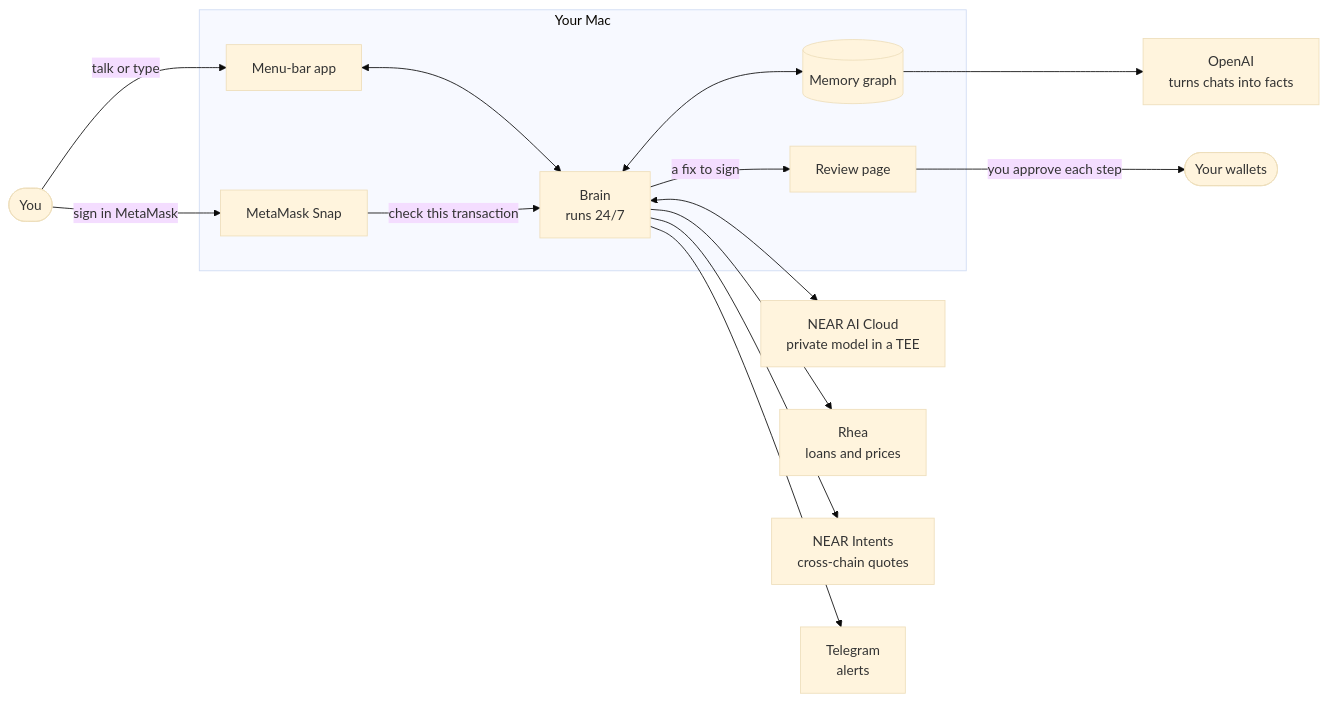
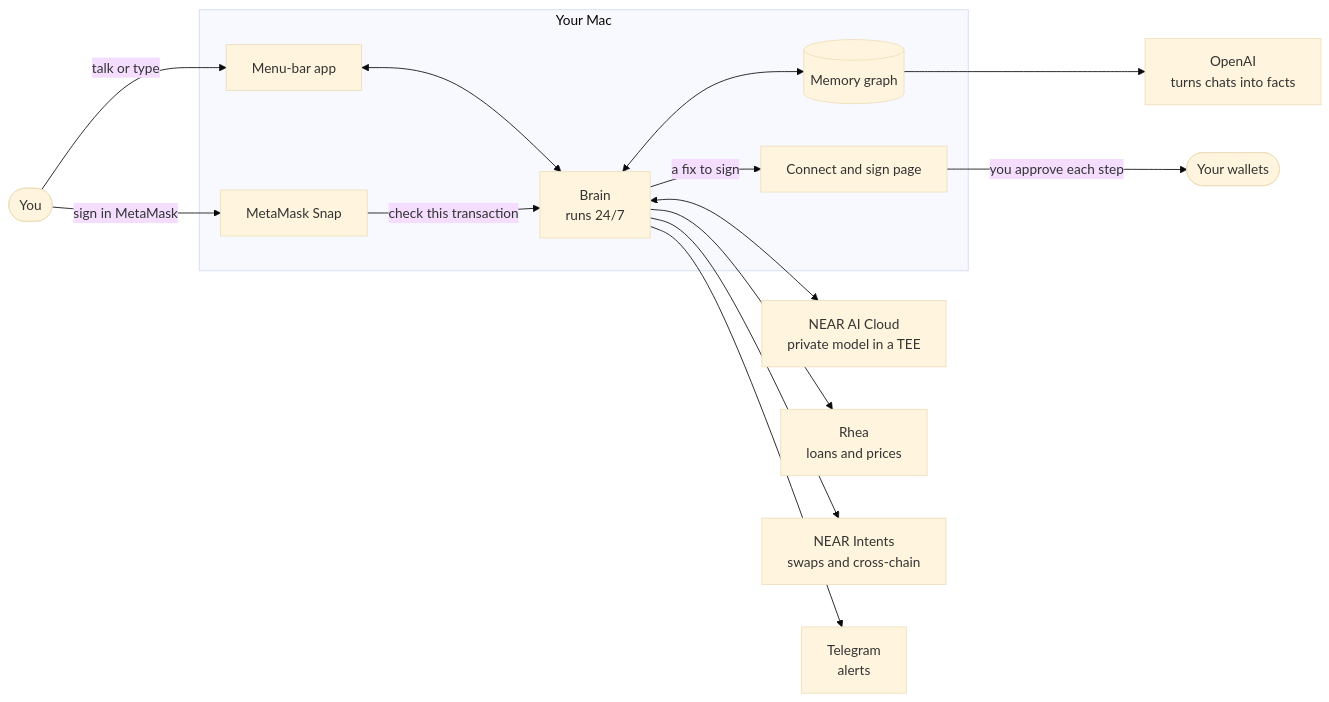
Before and after one commit to ConduenceAi/Nierwall: the diagram in README.md, drawn with Mermaid (base theme). The commit also changed other lines of this file and 46 other files, not shown here.

````diff
--- a/README.md
+++ b/README.md
@@ -148,23 +151,23 @@
 ```mermaid
 flowchart LR
   you([You])
   subgraph mac [Your Mac]
     app[Menu-bar app]
     snap[MetaMask Snap]
     brain[Brain<br/>runs 24/7]
     mem[(Memory graph)]
-    review[Review page]
+    review[Connect and sign page]
   end
   you -- talk or type --> app
   you -- sign in MetaMask --> snap
   app <--> brain
   snap -- check this transaction --> brain
   brain <--> mem
   brain -- a fix to sign --> review
   review -- you approve each step --> wallets([Your wallets])
   brain <--> ai[NEAR AI Cloud<br/>private model in a TEE]
-  brain --> chains[Rhea<br/>loans and prices]
-  brain --> intents[NEAR Intents<br/>cross-chain quotes]
+  brain --> rhea[Rhea<br/>loans and prices]
+  brain --> intents[NEAR Intents<br/>swaps and cross-chain]
   brain --> tg[Telegram<br/>alerts]
   mem --> oai[OpenAI<br/>turns chats into facts]
 ```
````
